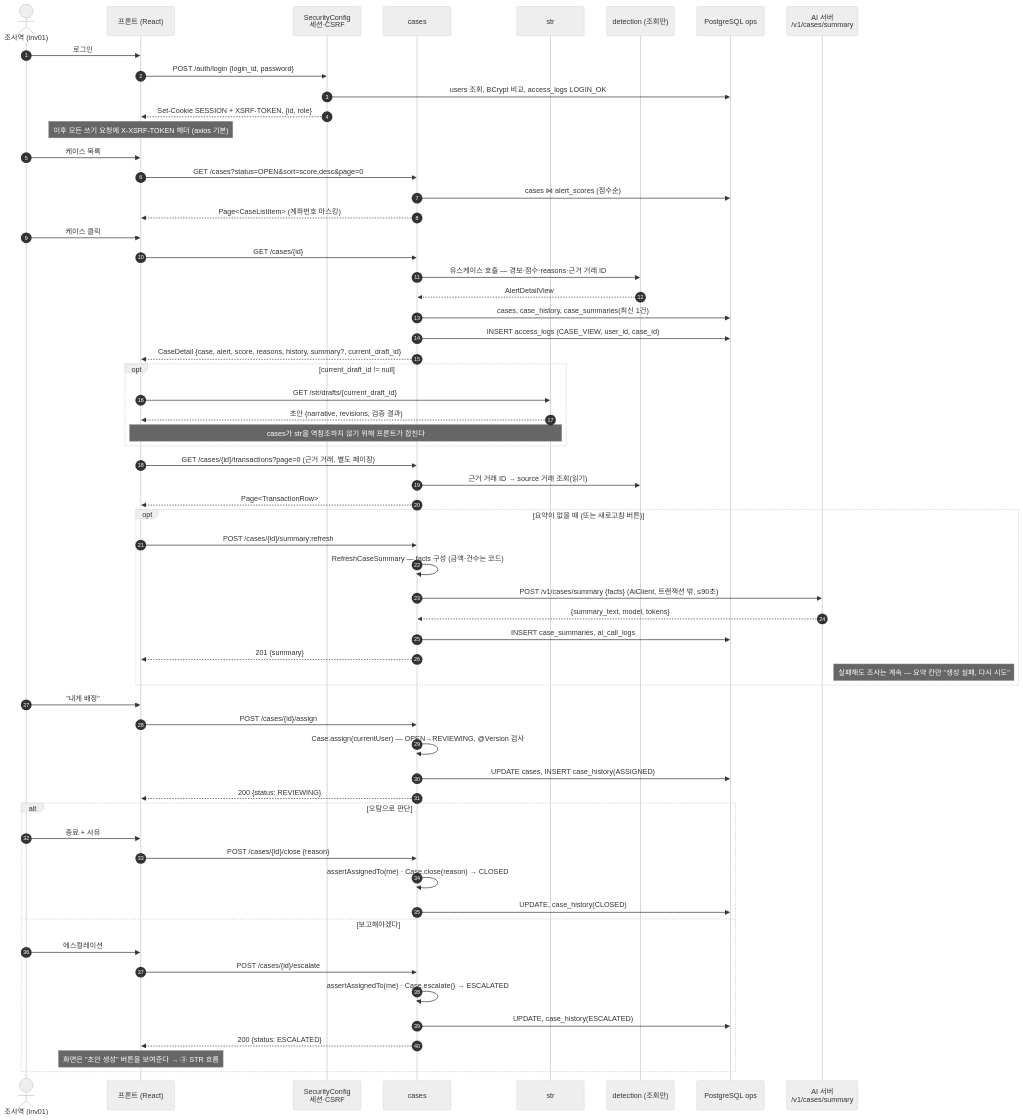
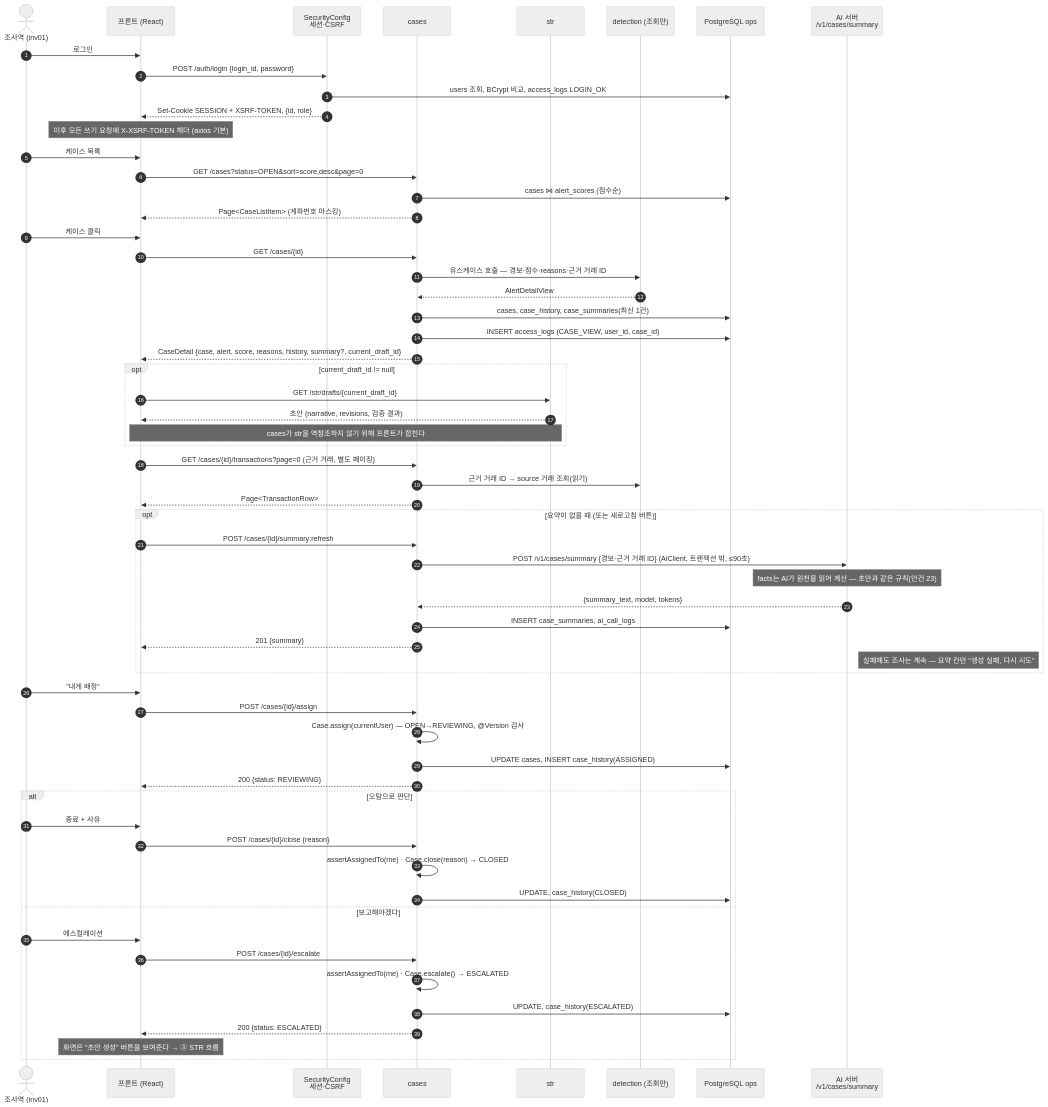
One commit to dajaba-team/dajaba-backend changed the diagram in docs/flows/02_investigation.md. Above: the diagram before and after it, drawn with Mermaid (neutral theme). The commit also changed 4 other files, not shown here.

````diff
--- a/docs/flows/02_investigation.md
+++ b/docs/flows/02_investigation.md
@@ -5,69 +5,69 @@
 ```mermaid
 sequenceDiagram
     autonumber
     actor Inv as 조사역 (inv01)
     participant FE as 프론트 (React)
     participant SEC as SecurityConfig<br/>세션·CSRF
     participant CAS as cases
     participant STR as str
     participant DET as detection (조회만)
     participant DB as PostgreSQL ops
     participant AI as AI 서버<br/>/v1/cases/summary
 
     Inv->>FE: 로그인
     FE->>SEC: POST /auth/login {login_id, password}
     SEC->>DB: users 조회, BCrypt 비교, access_logs LOGIN_OK
     SEC-->>FE: Set-Cookie SESSION + XSRF-TOKEN, {id, role}
     note over FE: 이후 모든 쓰기 요청에 X-XSRF-TOKEN 헤더 (axios 기본)
 
     Inv->>FE: 케이스 목록
     FE->>CAS: GET /cases?status=OPEN&sort=score,desc&page=0
     CAS->>DB: cases ⋈ alert_scores (점수순)
     CAS-->>FE: Page<CaseListItem> (계좌번호 마스킹)
 
     Inv->>FE: 케이스 클릭
     FE->>CAS: GET /cases/{id}
     CAS->>DET: 유스케이스 호출 — 경보·점수·reasons·근거 거래 ID
     DET-->>CAS: AlertDetailView
     CAS->>DB: cases, case_history, case_summaries(최신 1건)
     CAS->>DB: INSERT access_logs (CASE_VIEW, user_id, case_id)
     CAS-->>FE: CaseDetail {case, alert, score, reasons, history, summary?, current_draft_id}
     opt current_draft_id != null
         FE->>STR: GET /str/drafts/{current_draft_id}
         STR-->>FE: 초안 (narrative, revisions, 검증 결과)
         note over FE,STR: cases가 str을 역참조하지 않기 위해 프론트가 합친다
     end
     FE->>CAS: GET /cases/{id}/transactions?page=0 (근거 거래, 별도 페이징)
     CAS->>DET: 근거 거래 ID → source 거래 조회(읽기)
     CAS-->>FE: Page<TransactionRow>
 
     opt 요약이 없을 때 (또는 새로고침 버튼)
         FE->>CAS: POST /cases/{id}/summary:refresh
-        CAS->>CAS: RefreshCaseSummary — facts 구성 (금액·건수는 코드)
-        CAS->>AI: POST /v1/cases/summary {facts} (AiClient, 트랜잭션 밖, ≤90초)
+        CAS->>AI: POST /v1/cases/summary {경보·근거 거래 ID} (AiClient, 트랜잭션 밖, ≤90초)
+        note over AI: facts는 AI가 원천을 읽어 계산 — 초안과 같은 규칙(안건 23)
         AI-->>CAS: {summary_text, model, tokens}
         CAS->>DB: INSERT case_summaries, ai_call_logs
         CAS-->>FE: 201 {summary}
         note right of AI: 실패해도 조사는 계속 — 요약 칸만 "생성 실패, 다시 시도"
     end
 
     Inv->>FE: "내게 배정"
     FE->>CAS: POST /cases/{id}/assign
     CAS->>CAS: Case.assign(currentUser) — OPEN→REVIEWING, @Version 검사
     CAS->>DB: UPDATE cases, INSERT case_history(ASSIGNED)
     CAS-->>FE: 200 {status: REVIEWING}
 
     alt 오탐으로 판단
         Inv->>FE: 종료 + 사유
         FE->>CAS: POST /cases/{id}/close {reason}
         CAS->>CAS: assertAssignedTo(me) · Case.close(reason) → CLOSED
         CAS->>DB: UPDATE, case_history(CLOSED)
     else 보고해야겠다
         Inv->>FE: 에스컬레이션
         FE->>CAS: POST /cases/{id}/escalate
         CAS->>CAS: assertAssignedTo(me) · Case.escalate() → ESCALATED
         CAS->>DB: UPDATE, case_history(ESCALATED)
         CAS-->>FE: 200 {status: ESCALATED}
         note over FE: 화면은 "초안 생성" 버튼을 보여준다 → ③ STR 흐름
     end
 ```
````
